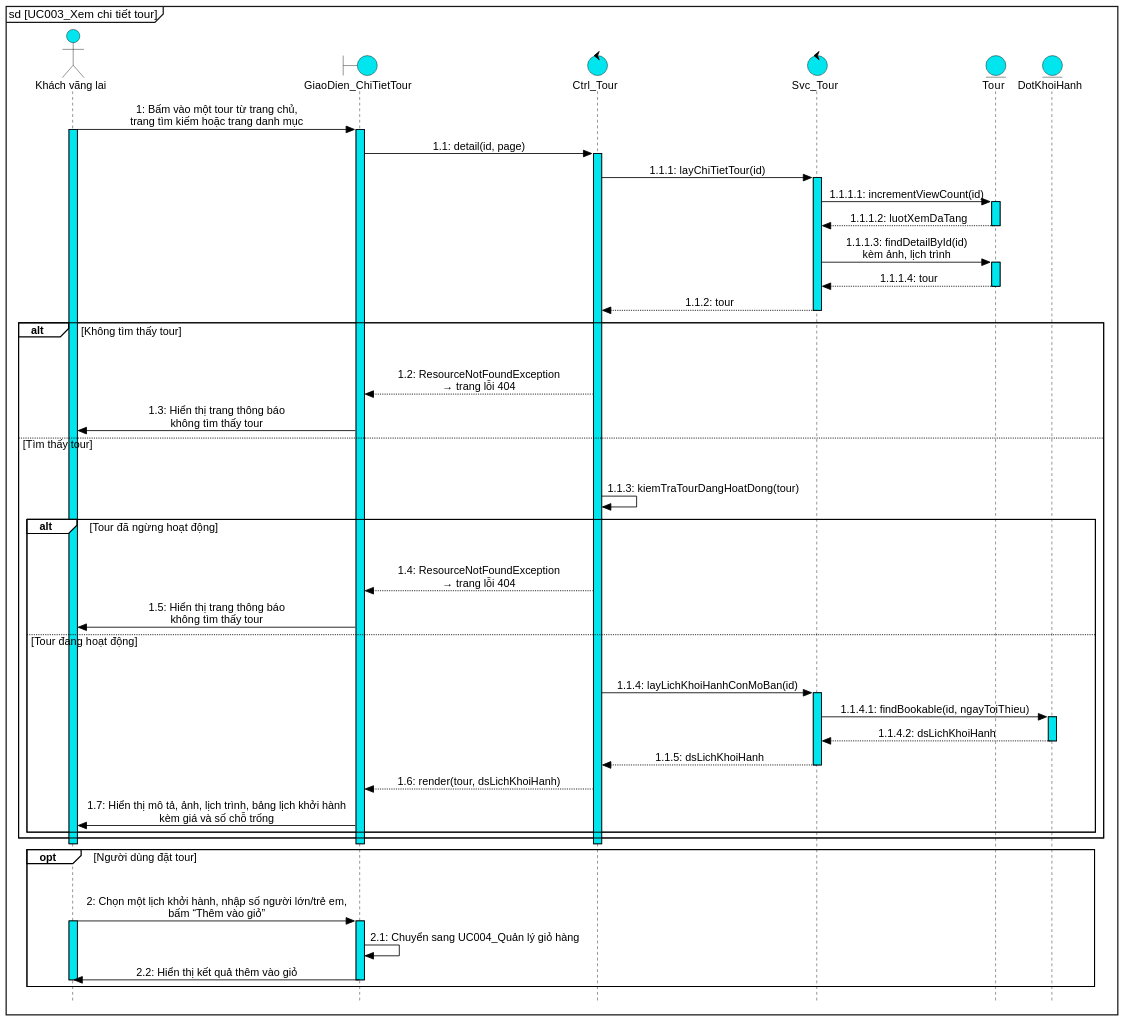
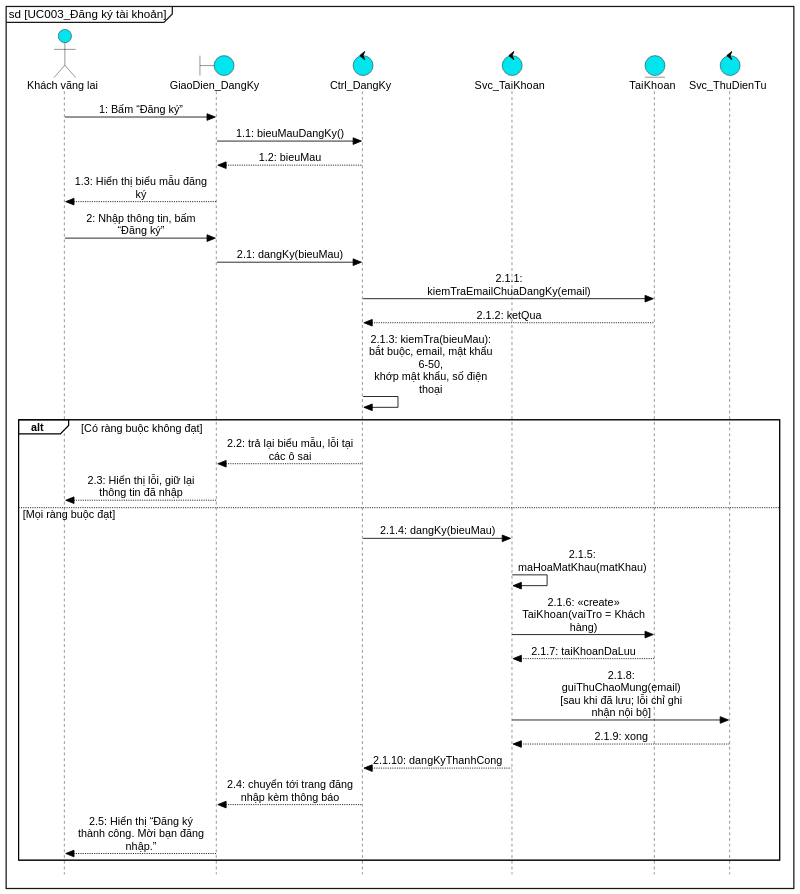
One commit to kanele05/project_www changed the diagram in docs/report/diagrams/src/UC003_sequence.puml. Above: the diagram before and after it, drawn with PlantUML. The commit also changed 104 other files, not shown here.

First line of the commit message:
Sắp xếp lại use case theo biểu đồ tổng quát: đánh số lại UC001–UC021, gộp quản lý danh mục, cập nhật đặc tả và sơ đồ

```diff
--- a/docs/report/diagrams/src/UC003_sequence.puml
+++ b/docs/report/diagrams/src/UC003_sequence.puml
@@ -1,101 +1,73 @@
 @startuml UC003_sequence
 skinparam dpi 140
 skinparam defaultFontName "Liberation Sans"
 skinparam defaultFontSize 13
 skinparam backgroundColor white
 skinparam shadowing false
 skinparam style strictuml
 hide footbox
-skinparam maxMessageSize 420
+skinparam maxMessageSize 160
 skinparam sequenceMessageAlign center
 skinparam responseMessageBelowArrow false
 skinparam ArrowColor black
-skinparam ParticipantPadding 90
+skinparam ParticipantPadding 12
 skinparam BoxPadding 6
 skinparam sequence {
   ArrowColor black
   LifeLineBorderColor black
   LifeLineBackgroundColor #00E5EE
   ParticipantBackgroundColor #00E5EE
   ParticipantBorderColor black
   ActorBackgroundColor #00E5EE
   ActorBorderColor black
   GroupBorderColor black
   GroupBackgroundColor white
   GroupHeaderFontStyle bold
   GroupFontStyle plain
   GroupBorderThickness 1.2
 }
 skinparam note {
   BackgroundColor transparent
   BorderColor transparent
   FontColor transparent
 }
 skinparam BoundaryBackgroundColor #00E5EE
 skinparam BoundaryBorderColor black
 skinparam ControlBackgroundColor #00E5EE
 skinparam ControlBorderColor black
 skinparam EntityBackgroundColor #00E5EE
 skinparam EntityBorderColor black
 skinparam ActorBackgroundColor #00E5EE
 skinparam ActorBorderColor black
-mainframe sd [UC003_Xem chi tiết tour]
+mainframe sd [UC003_Đăng ký tài khoản]
+
 actor "Khách vãng lai" as kh
-boundary "GiaoDien_ChiTietTour" as ui
-control "Ctrl_Tour" as ctrl
-control "Svc_Tour" as svct
-entity "Tour" as tour
-entity "DotKhoiHanh" as dot
-
-kh -> ui : 1: Bấm vào một tour từ trang chủ,\ntrang tìm kiếm hoặc trang danh mục
-activate kh #00E5EE
-activate ui #00E5EE
-ui -> ctrl : 1.1: detail(id, page)
-activate ctrl #00E5EE
-ctrl -> svct : 1.1.1: layChiTietTour(id)
-activate svct #00E5EE
-svct -> tour : 1.1.1.1: incrementViewCount(id)
-activate tour #00E5EE
-return 1.1.1.2: luotXemDaTang
-svct -> tour : 1.1.1.3: findDetailById(id)\nkèm ảnh, lịch trình
-activate tour #00E5EE
-return 1.1.1.4: tour
-return 1.1.2: tour
-alt Không tìm thấy tour
-  hnote over kh, dot : .
-  ctrl --> ui : 1.2: ResourceNotFoundException\n→ trang lỗi 404
-  ui -> kh : 1.3: Hiển thị trang thông báo\nkhông tìm thấy tour
-else Tìm thấy tour
-  hnote over kh, dot : .
-  ctrl -> ctrl : 1.1.3: kiemTraTourDangHoatDong(tour)
-  alt Tour đã ngừng hoạt động
-    hnote over kh, dot : .
-    ctrl --> ui : 1.4: ResourceNotFoundException\n→ trang lỗi 404
-    ui -> kh : 1.5: Hiển thị trang thông báo\nkhông tìm thấy tour
-  else Tour đang hoạt động
-    hnote over kh, dot : .
-    ctrl -> svct : 1.1.4: layLichKhoiHanhConMoBan(id)
-    activate svct #00E5EE
-    svct -> dot : 1.1.4.1: findBookable(id, ngayToiThieu)
-    activate dot #00E5EE
-    return 1.1.4.2: dsLichKhoiHanh
-    return 1.1.5: dsLichKhoiHanh
-    ctrl --> ui : 1.6: render(tour, dsLichKhoiHanh)
-    ui -> kh : 1.7: Hiển thị mô tả, ảnh, lịch trình, bảng lịch khởi hành\nkèm giá và số chỗ trống
-  end
-end
-deactivate ctrl
-deactivate ui
-deactivate kh
-
-opt Người dùng đặt tour
-  hnote over kh, dot : .
-  kh -> ui : 2: Chọn một lịch khởi hành, nhập số người lớn/trẻ em,\nbấm “Thêm vào giỏ”
-  activate kh #00E5EE
-  activate ui #00E5EE
-  ui -> ui : 2.1: Chuyển sang UC004_Quản lý giỏ hàng
-  ui -> kh : 2.2: Hiển thị kết quả thêm vào giỏ
-  deactivate ui
-  deactivate kh
+boundary "GiaoDien_DangKy" as ui
+control "Ctrl_DangKy" as ctrl
+control "Svc_TaiKhoan" as svc
+entity "TaiKhoan" as tk
+control "Svc_ThuDienTu" as mail
+kh -> ui : 1: Bấm “Đăng ký”
+ui -> ctrl : 1.1: bieuMauDangKy()
+ctrl --> ui : 1.2: bieuMau
+ui --> kh : 1.3: Hiển thị biểu mẫu đăng ký
+kh -> ui : 2: Nhập thông tin, bấm “Đăng ký”
+ui -> ctrl : 2.1: dangKy(bieuMau)
+ctrl -> tk : 2.1.1: kiemTraEmailChuaDangKy(email)
+tk --> ctrl : 2.1.2: ketQua
+ctrl -> ctrl : 2.1.3: kiemTra(bieuMau): bắt buộc, email, mật khẩu 6-50,\nkhớp mật khẩu, số điện thoại
+alt Có ràng buộc không đạt
+  ctrl --> ui : 2.2: trả lại biểu mẫu, lỗi tại các ô sai
+  ui --> kh : 2.3: Hiển thị lỗi, giữ lại thông tin đã nhập
+else Mọi ràng buộc đạt
+  ctrl -> svc : 2.1.4: dangKy(bieuMau)
+  svc -> svc : 2.1.5: maHoaMatKhau(matKhau)
+  svc -> tk : 2.1.6: «create» TaiKhoan(vaiTro = Khách hàng)
+  tk --> svc : 2.1.7: taiKhoanDaLuu
+  svc -> mail : 2.1.8: guiThuChaoMung(email)\n[sau khi đã lưu; lỗi chỉ ghi nhận nội bộ]
+  mail --> svc : 2.1.9: xong
+  svc --> ctrl : 2.1.10: dangKyThanhCong
+  ctrl --> ui : 2.4: chuyển tới trang đăng nhập kèm thông báo
+  ui --> kh : 2.5: Hiển thị “Đăng ký thành công. Mời bạn đăng nhập.”
 end
 @enduml
```
